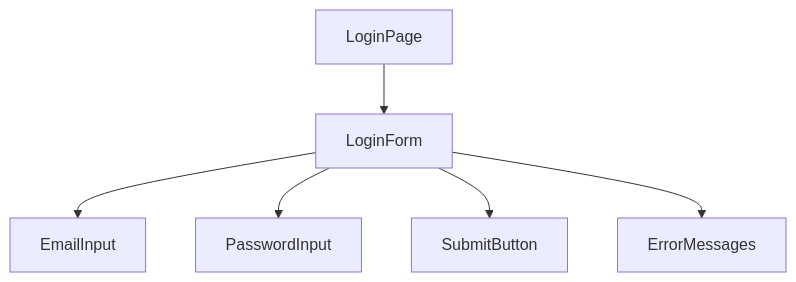
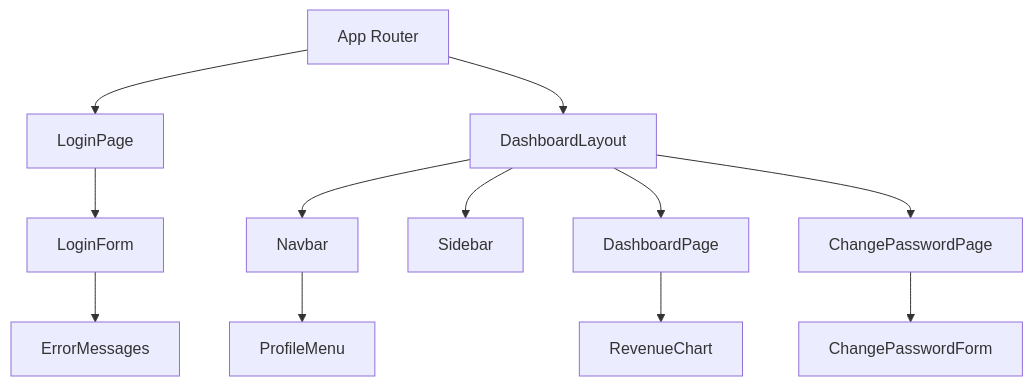
One commit to tuyennv38/gsm-cms changed the diagram in docs/architecture/system-design.md. Above: the diagram before and after it, drawn with Mermaid. The commit also changed other lines of this file and 3 other files, not shown here.

````diff
--- a/docs/architecture/system-design.md
+++ b/docs/architecture/system-design.md
@@ -25,8 +31,18 @@
 ```mermaid
 graph TD
-  A[LoginPage] --> B[LoginForm]
-  B --> C[EmailInput]
-  B --> D[PasswordInput]
-  B --> E[SubmitButton]
-  B --> F[ErrorMessages]
+  A[App Router] --> L[LoginPage]
+  A --> D[DashboardLayout]
+  
+  L --> LF[LoginForm]
+  LF --> EM[ErrorMessages]
+
+  D --> N[Navbar]
+  N --> PM[ProfileMenu]
+  D --> S[Sidebar]
+  
+  D --> DP[DashboardPage]
+  DP --> C[RevenueChart]
+
+  D --> CP[ChangePasswordPage]
+  CP --> CPF[ChangePasswordForm]
 ```
````
